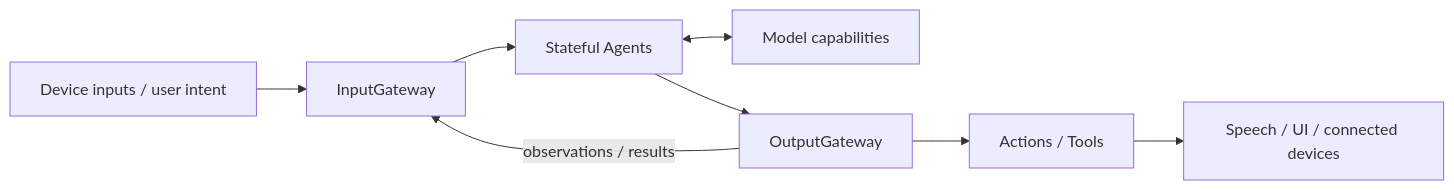
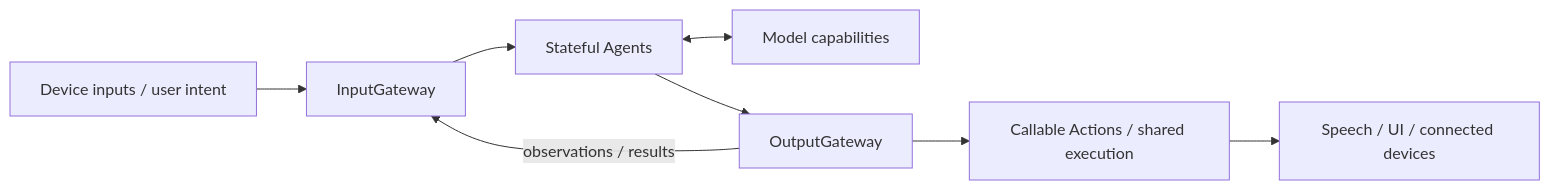
Before and after one commit to devilyouwei/MobileHarness: the diagram in README.md, drawn with Mermaid. The commit also changed other lines of this file and 238 other files, not shown here.

First line of the commit message:
Separate callable Actions from Gateway execution and call protocols

````diff
--- a/README.md
+++ b/README.md
@@ -25,10 +25,10 @@
 ```mermaid
 flowchart LR
     Devices[Device inputs / user intent] --> Input[InputGateway]
     Input --> Agents[Stateful Agents]
     Agents <--> Models[Model capabilities]
     Agents --> Output[OutputGateway]
-    Output --> Behaviors[Actions / Tools]
+    Output --> Behaviors[Callable Actions / shared execution]
     Behaviors --> Effects[Speech / UI / connected devices]
     Output -->|observations / results| Input
 ```
````
